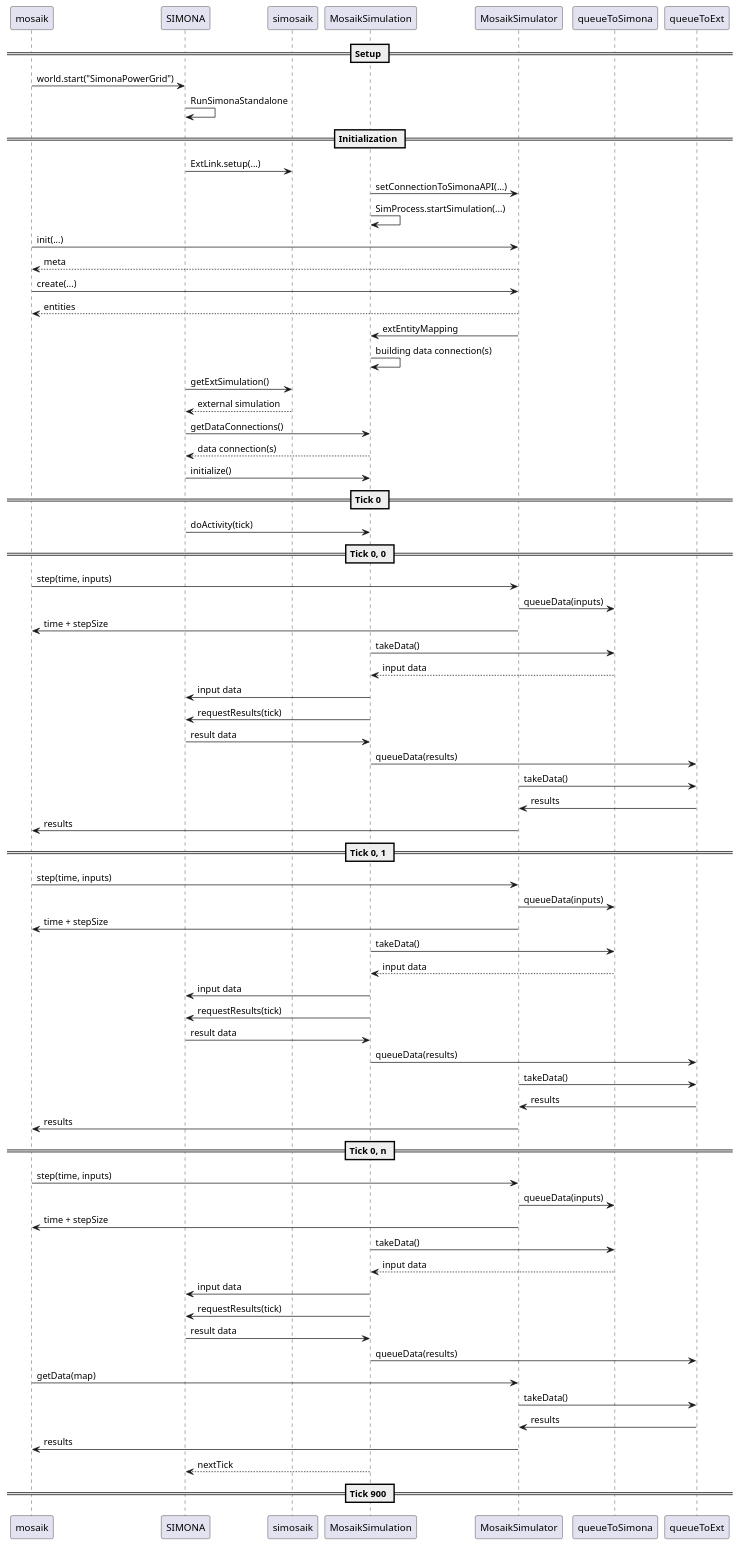
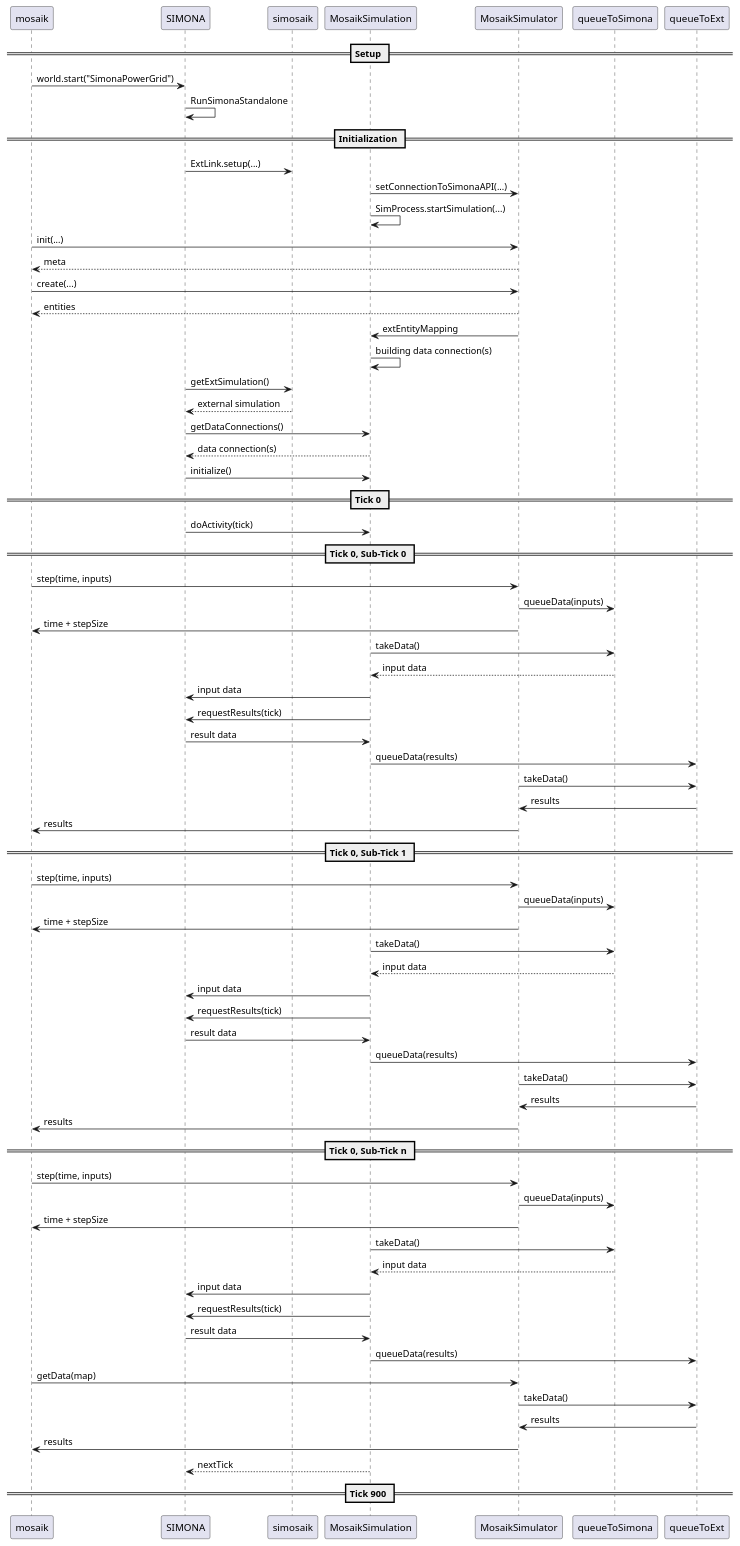
Before and after one commit to ie3-institute/simosaik: the diagram in docs/protocol/SIMONA-mosaik-protocol-tiered.puml, drawn with PlantUML. The commit also changed 1 other file, not shown here.

```diff
--- a/docs/protocol/SIMONA-mosaik-protocol-tiered.puml
+++ b/docs/protocol/SIMONA-mosaik-protocol-tiered.puml
@@ -1,104 +1,104 @@
 @startuml
 
 == Setup ==
 
 mosaik -> SIMONA: world.start("SimonaPowerGrid")
 
 SIMONA -> SIMONA: RunSimonaStandalone
 
 == Initialization ==
 
 SIMONA -> simosaik: ExtLink.setup(...)
 
 MosaikSimulation -> MosaikSimulator: setConnectionToSimonaAPI(...)
 MosaikSimulation -> MosaikSimulation: SimProcess.startSimulation(...)
 
 
 mosaik -> MosaikSimulator: init(...)
 MosaikSimulator --> mosaik: meta
 
 mosaik -> MosaikSimulator: create(...)
 MosaikSimulator --> mosaik: entities
 
 MosaikSimulator -> MosaikSimulation: extEntityMapping
 MosaikSimulation -> MosaikSimulation: building data connection(s)
 
 SIMONA -> simosaik: getExtSimulation()
 simosaik --> SIMONA: external simulation
 
 SIMONA -> MosaikSimulation: getDataConnections()
 MosaikSimulation --> SIMONA: data connection(s)
 
 SIMONA -> MosaikSimulation: initialize()
 
 
 == Tick 0 ==
 SIMONA -> MosaikSimulation: doActivity(tick)
 
-== Tick 0, 0 ==
+== Tick 0, Sub-Tick 0 ==
 mosaik -> MosaikSimulator: step(time, inputs)
 
 MosaikSimulator ->  queueToSimona: queueData(inputs)
 MosaikSimulator -> mosaik: time + stepSize
 
 MosaikSimulation -> queueToSimona: takeData()
 queueToSimona --> MosaikSimulation: input data
 
 MosaikSimulation -> SIMONA: input data
 
 MosaikSimulation -> SIMONA: requestResults(tick)
 
 SIMONA -> MosaikSimulation: result data
 MosaikSimulation -> queueToExt: queueData(results)
 
 MosaikSimulator -> queueToExt: takeData()
 queueToExt -> MosaikSimulator: results
 MosaikSimulator -> mosaik: results
 
-== Tick 0, 1 ==
+== Tick 0, Sub-Tick 1 ==
 mosaik -> MosaikSimulator: step(time, inputs)
 
 MosaikSimulator ->  queueToSimona: queueData(inputs)
 MosaikSimulator -> mosaik: time + stepSize
 
 MosaikSimulation -> queueToSimona: takeData()
 queueToSimona --> MosaikSimulation: input data
 
 MosaikSimulation -> SIMONA: input data
 
 MosaikSimulation -> SIMONA: requestResults(tick)
 
 SIMONA -> MosaikSimulation: result data
 MosaikSimulation -> queueToExt: queueData(results)
 
 MosaikSimulator -> queueToExt: takeData()
 queueToExt -> MosaikSimulator: results
 MosaikSimulator -> mosaik: results
 
-== Tick 0, n ==
+== Tick 0, Sub-Tick n ==
 mosaik -> MosaikSimulator: step(time, inputs)
 
 MosaikSimulator ->  queueToSimona: queueData(inputs)
 MosaikSimulator -> mosaik: time + stepSize
 
 MosaikSimulation -> queueToSimona: takeData()
 queueToSimona --> MosaikSimulation: input data
 
 MosaikSimulation -> SIMONA: input data
 
 MosaikSimulation -> SIMONA: requestResults(tick)
 
 SIMONA -> MosaikSimulation: result data
 MosaikSimulation -> queueToExt: queueData(results)
 
 mosaik -> MosaikSimulator: getData(map)
 
 MosaikSimulator -> queueToExt: takeData()
 queueToExt -> MosaikSimulator: results
 MosaikSimulator -> mosaik: results
 
 MosaikSimulation --> SIMONA: nextTick
 
 == Tick 900 ==
 
 @enduml
```
